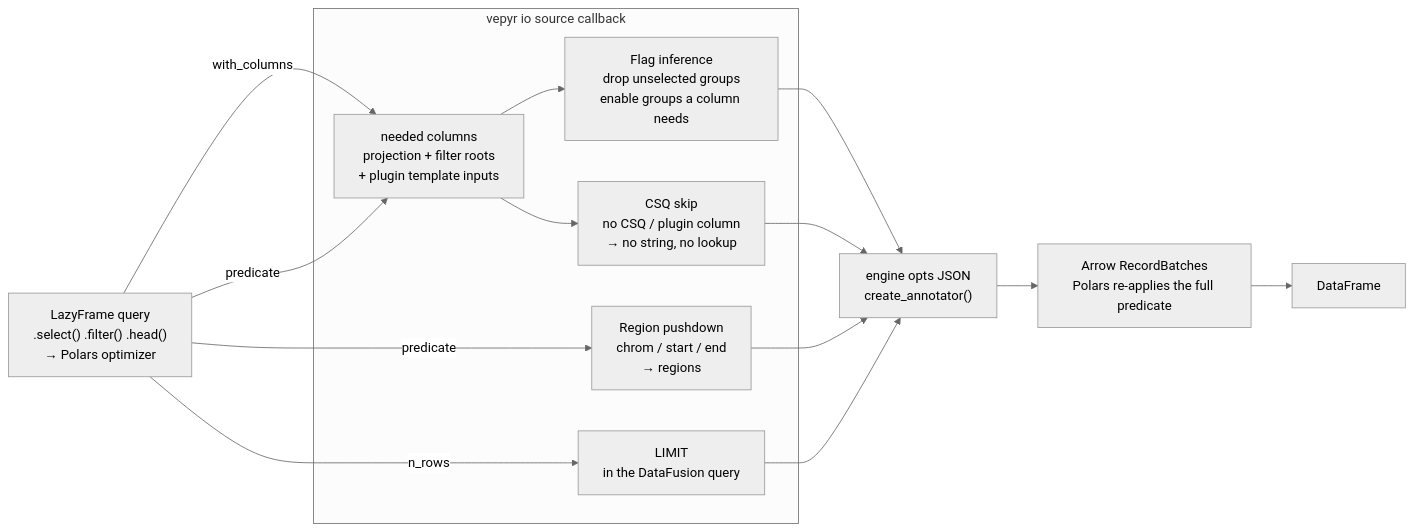
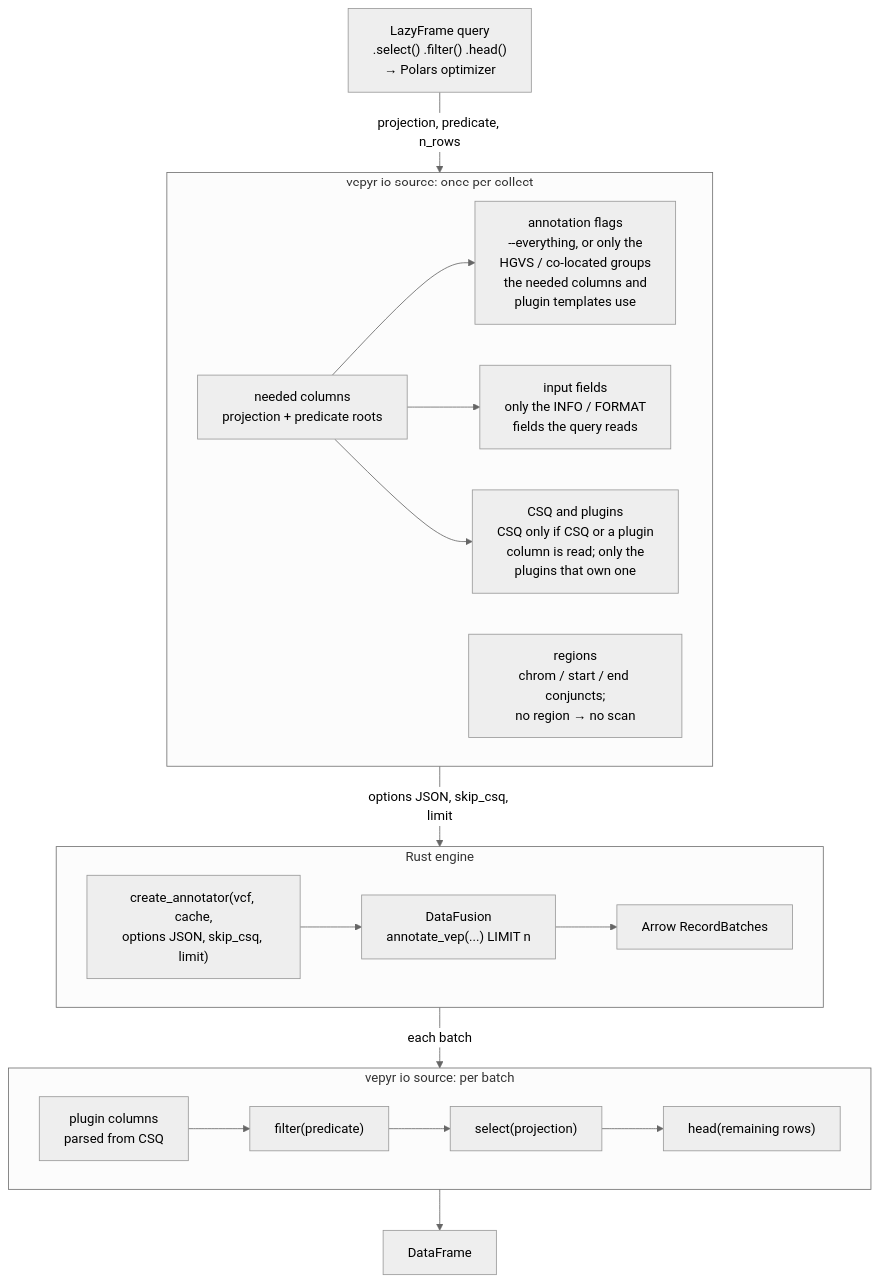
Before and after one commit to biodatageeks/vepyr: the diagram in docs/diagrams/polars-pushdown.mmd, drawn with Mermaid (neutral theme). The commit also changed 4 other files, not shown here.

First line of the commit message:
docs: fix filter_vep 'is' mapping, consequence_rows helper and Polars pushdown diagram

```diff
--- a/docs/diagrams/polars-pushdown.mmd
+++ b/docs/diagrams/polars-pushdown.mmd
@@ -1,24 +1,36 @@
-graph LR
+flowchart TB
     Q["LazyFrame query<br/>.select() .filter() .head()<br/>&rarr; Polars optimizer"]
 
-    subgraph CB["vepyr io source callback"]
-        N["needed columns<br/>projection + filter roots<br/>+ plugin template inputs"]
-        F["Flag inference<br/>drop unselected groups<br/>enable groups a column needs"]
-        S["CSQ skip<br/>no CSQ / plugin column<br/>&rarr; no string, no lookup"]
-        G["Region pushdown<br/>chrom / start / end<br/>&rarr; regions"]
-        M["LIMIT<br/>in the DataFusion query"]
+    subgraph PLAN["vepyr io source: once per collect"]
+        direction LR
+        N["needed columns<br/>projection + predicate roots"]
+        F["annotation flags<br/>--everything, or only the<br/>HGVS / co-located groups<br/>the needed columns and<br/>plugin templates use"]
+        I["input fields<br/>only the INFO / FORMAT<br/>fields the query reads"]
+        S["CSQ and plugins<br/>CSQ only if CSQ or a plugin<br/>column is read; only the<br/>plugins that own one"]
+        G["regions<br/>chrom / start / end conjuncts;<br/>no region &rarr; no scan"]
         N --> F
+        N --> I
         N --> S
     end
 
-    Q -->|with_columns| N
-    Q -->|predicate| N
-    Q -->|predicate| G
-    Q -->|n_rows| M
+    subgraph ENG["Rust engine"]
+        direction LR
+        C["create_annotator(vcf, cache,<br/>options JSON, skip_csq, limit)"]
+        D["DataFusion<br/>annotate_vep(...) LIMIT n"]
+        B["Arrow RecordBatches"]
+        C --> D --> B
+    end
 
-    F --> E["engine opts JSON<br/>create_annotator()"]
-    S --> E
-    G --> E
-    M --> E
-    E --> B["Arrow RecordBatches<br/>Polars re-applies the full predicate"]
-    B --> D[DataFrame]
+    subgraph BATCH["vepyr io source: per batch"]
+        direction LR
+        P["plugin columns<br/>parsed from CSQ"]
+        FI["filter(predicate)"]
+        SE["select(projection)"]
+        H["head(remaining rows)"]
+        P --> FI --> SE --> H
+    end
+
+    Q -->|"projection, predicate, n_rows"| PLAN
+    PLAN -->|"options JSON, skip_csq, limit"| ENG
+    ENG -->|"each batch"| BATCH
+    BATCH --> DF[DataFrame]
```
